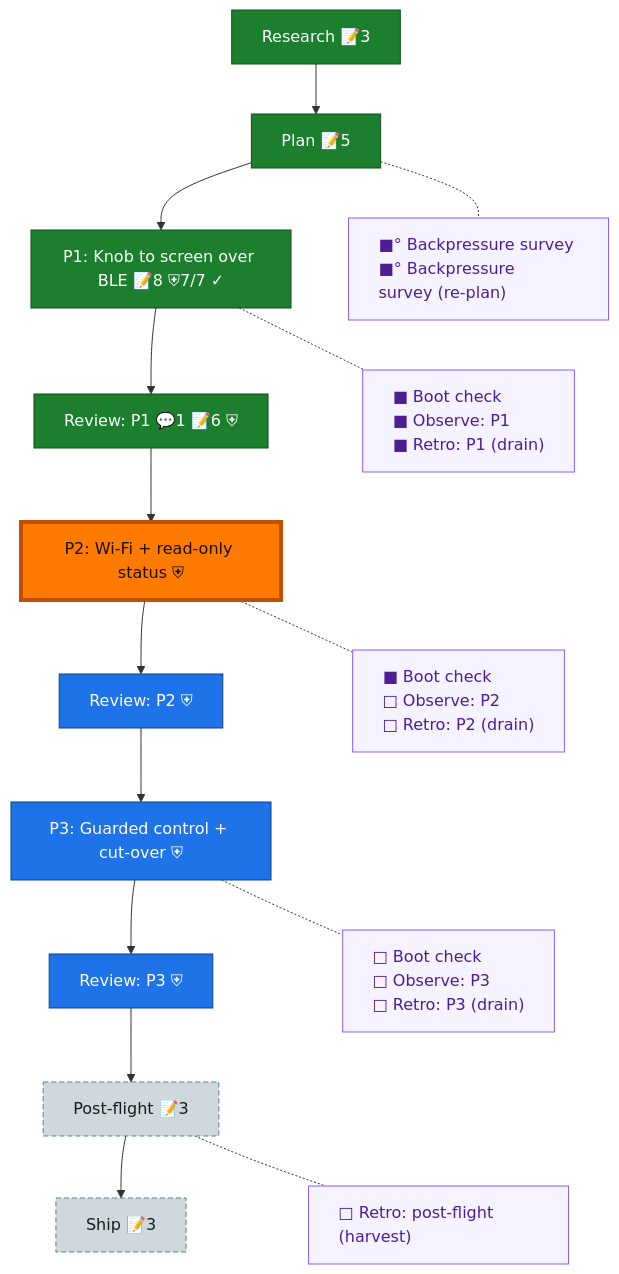
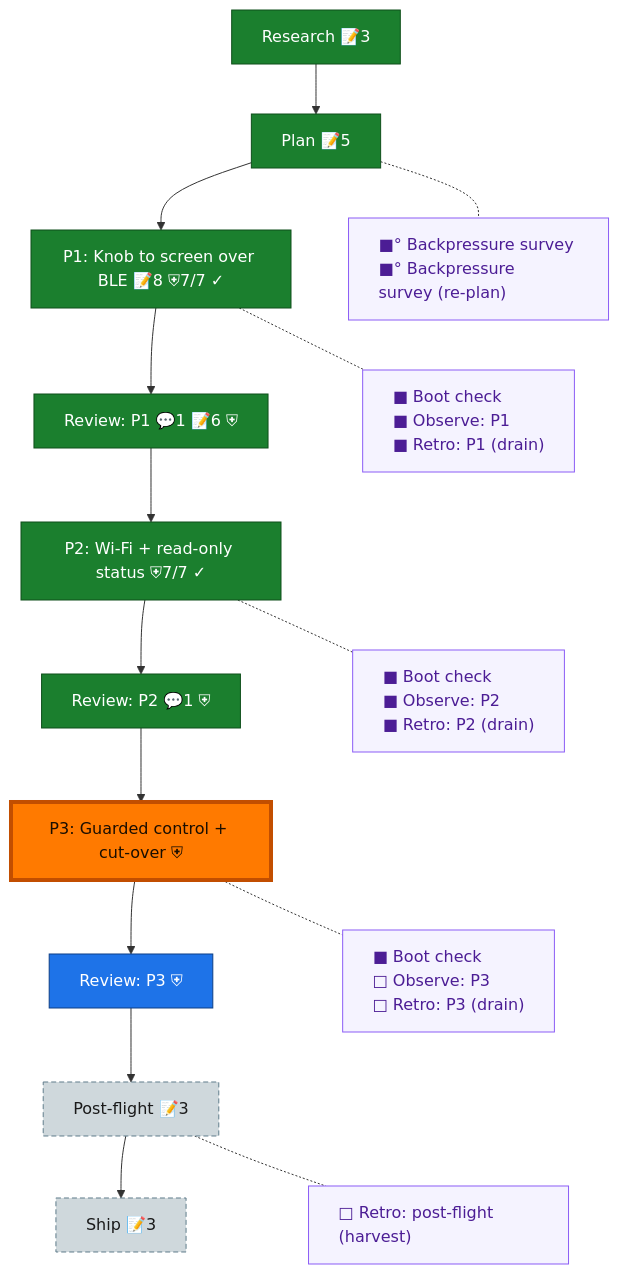
Before and after one commit to vaughanknight/bluos-knob: the diagram in docs/plans/002-esp32-bridge/the-flow.md, drawn with Mermaid. The commit also changed other lines of this file and 1 other file, not shown here.

First line of the commit message:
docs: phase 2 reviewed and closed; flow → phase 3

````diff
--- a/docs/plans/002-esp32-bridge/the-flow.md
+++ b/docs/plans/002-esp32-bridge/the-flow.md
@@ -8,39 +8,39 @@
 ```mermaid
 flowchart TD
     research["Research 📝3"]:::done
     plan["Plan 📝5"]:::done
     phase_1["P1: Knob to screen over BLE 📝8 ⛨7/7 ✓"]:::done
     review_1["Review: P1 💬1 📝6 ⛨"]:::done
-    phase_2["P2: Wi-Fi + read-only status ⛨"]:::wip
-    review_2["Review: P2 ⛨"]:::known
-    phase_3["P3: Guarded control + cut-over ⛨"]:::known
+    phase_2["P2: Wi-Fi + read-only status ⛨7/7 ✓"]:::done
+    review_2["Review: P2 💬1 ⛨"]:::done
+    phase_3["P3: Guarded control + cut-over ⛨"]:::wip
     review_3["Review: P3 ⛨"]:::known
     post_flight["Post-flight 📝3"]:::assumed
     ship["Ship 📝3"]:::assumed
 
     research --> plan --> phase_1 --> review_1 --> phase_2 --> review_2 --> phase_3 --> review_3 --> post_flight --> ship
 
     planC["■° Backpressure survey<br/>■° Backpressure survey (re-plan)"]:::chore
     phase_1C["■ Boot check<br/>■ Observe: P1<br/>■ Retro: P1 (drain)"]:::chore
-    phase_2C["■ Boot check<br/>□ Observe: P2<br/>□ Retro: P2 (drain)"]:::chore
-    phase_3C["□ Boot check<br/>□ Observe: P3<br/>□ Retro: P3 (drain)"]:::chore
+    phase_2C["■ Boot check<br/>■ Observe: P2<br/>■ Retro: P2 (drain)"]:::chore
+    phase_3C["■ Boot check<br/>□ Observe: P3<br/>□ Retro: P3 (drain)"]:::chore
     post_flightC["□ Retro: post-flight (harvest)"]:::chore
 
     %% invisible chain holds the gutter boxes in their own column
     planC ~~~ phase_1C ~~~ phase_2C ~~~ phase_3C ~~~ post_flightC
 
     %% dotted links pull each gutter box beside its node
     plan -.- planC
     phase_1 -.- phase_1C
     phase_2 -.- phase_2C
     phase_3 -.- phase_3C
     post_flight -.- post_flightC
 
     classDef done fill:#1B7F2E,stroke:#0F4F1B,color:#fff;
     classDef wip fill:#43C04A,stroke:#1B7F2E,color:#04210A;
     classDef known fill:#1E73E8,stroke:#0D3F86,color:#fff;
     classDef assumed fill:#CFD8DC,stroke:#607D8B,color:#1a1a1a,stroke-dasharray:5 3;
     classDef chore fill:#f5f3ff,stroke:#8b5cf6,color:#4c1d95,text-align:left;
     classDef current fill:#FF7A00,stroke:#C24E00,color:#1a0e00,stroke-width:4px;
-    class phase_2 current;
+    class phase_3 current;
 ```
````
